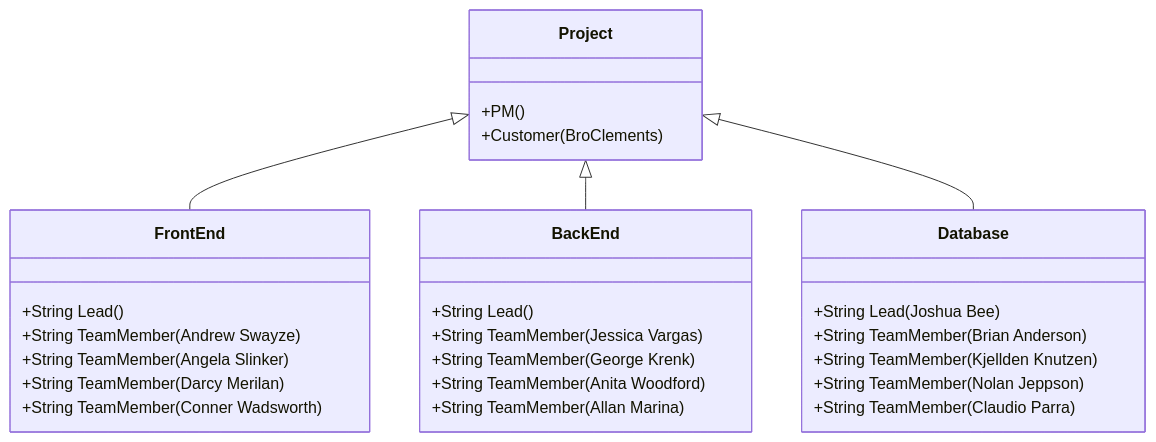
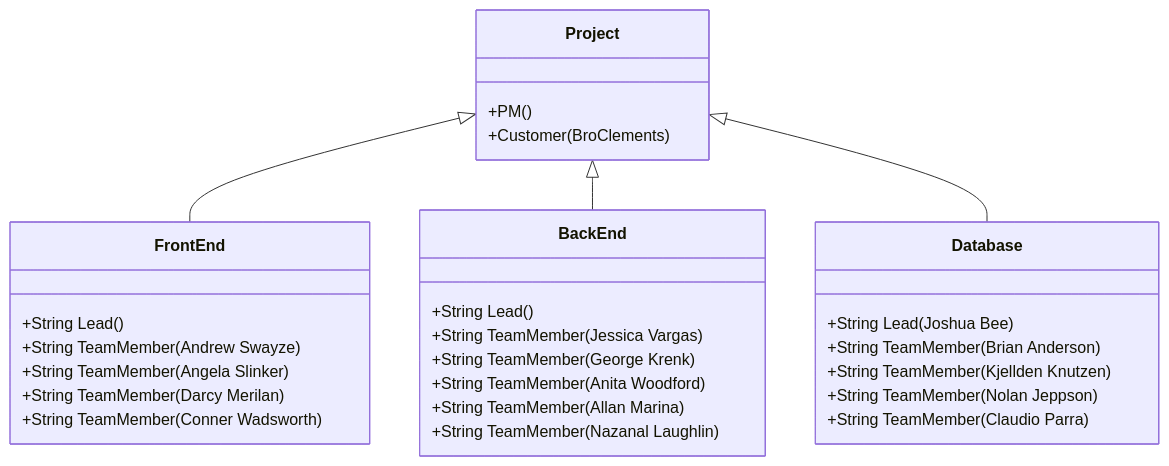
One commit to byui-cse397/2024WinCSE490PCP changed the second of 2 diagrams in ProjectManagement/OrganizationChart/OrganizationChart.md. Above: the diagram before and after it, drawn with Mermaid. The commit also changed other lines of this file, not shown here.

Commit message:
Update OrganizationChart.md
Added myself to the chart

````diff
--- a/ProjectManagement/OrganizationChart/OrganizationChart.md
+++ b/ProjectManagement/OrganizationChart/OrganizationChart.md
@@ -31,30 +32,30 @@
 ```mermaid
 classDiagram
       Project <|-- FrontEnd
       Project <|-- BackEnd
       Project <|-- Database
       Project : +PM()
       Project : +Customer(BroClements)
       class FrontEnd{
           +String Lead()
           +String TeamMember(Andrew Swayze)
           +String TeamMember(Angela Slinker)
           +String TeamMember(Darcy Merilan)
           +String TeamMember(Conner Wadsworth)
-
       }
       class BackEnd{
           +String Lead()
           +String TeamMember(Jessica Vargas)
           +String TeamMember(George Krenk)
           +String TeamMember(Anita Woodford)
           +String TeamMember(Allan Marina)
+          +String TeamMember(Nazanal Laughlin)
       }
       class Database{
           +String Lead(Joshua Bee)
           +String TeamMember(Brian Anderson)
           +String TeamMember(Kjellden Knutzen)
           +String TeamMember(Nolan Jeppson)
           +String TeamMember(Claudio Parra)
       }
 ```
````
